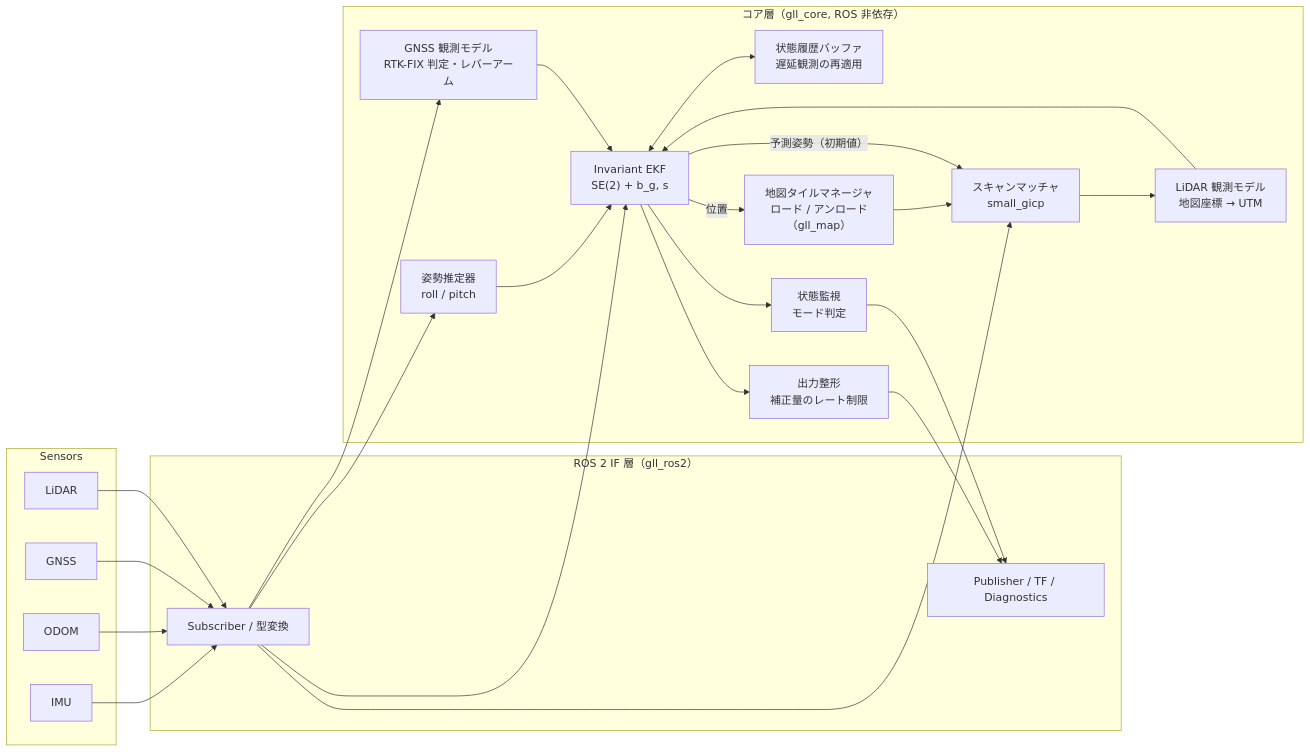
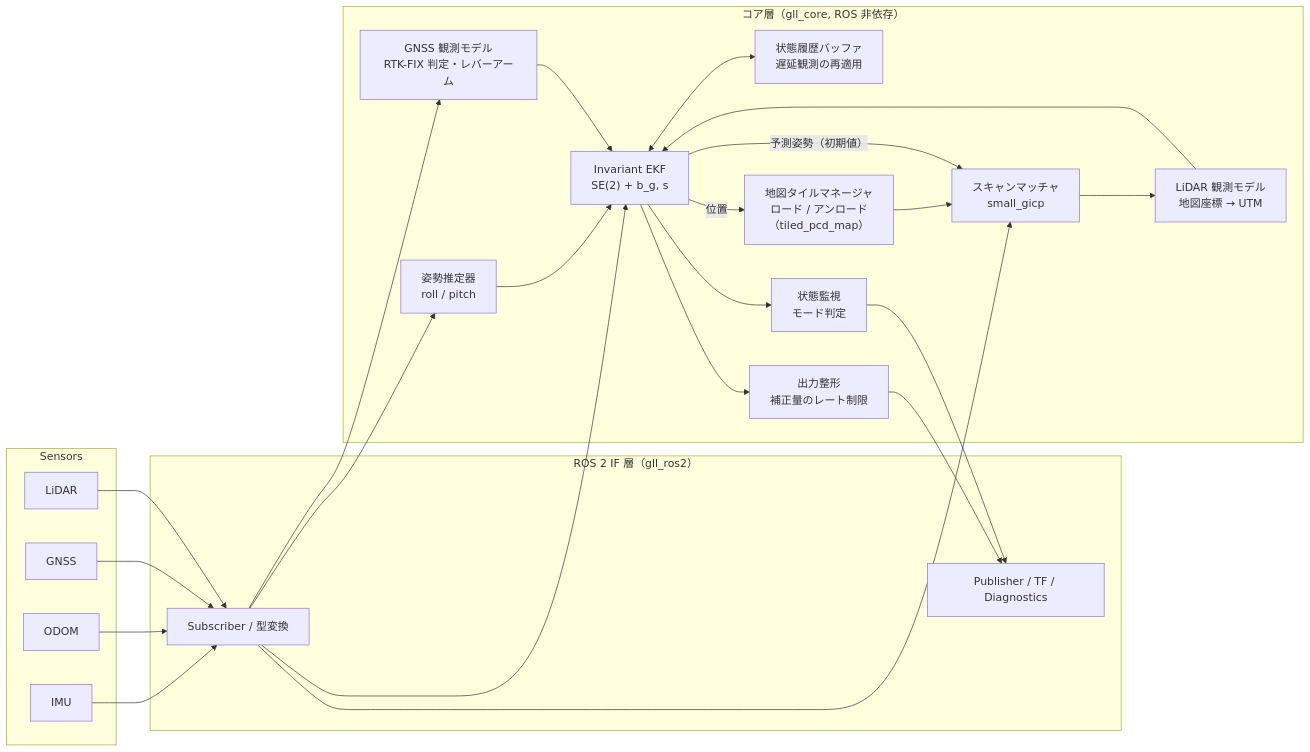
One commit to mamoru1126/gnss_and_lidar_localization changed the first of 4 diagrams in docs/design.md. Above: the diagram before and after it, drawn with Mermaid. The commit also changed other lines of this file and 89 other files, not shown here.

First line of the commit message:
refactor: gll_map を tiled_pcd_map に改名（パッケージ・名前空間・インクルードのパス）

````diff
--- a/docs/design.md
+++ b/docs/design.md
@@ -55,42 +55,42 @@
 ```mermaid
 flowchart LR
   subgraph Sensors
     IMU[IMU]
     ODOM[ODOM]
     GNSS[GNSS]
     LIDAR[LiDAR]
   end
 
   subgraph ROS2_IF["ROS 2 IF 層（gll_ros2）"]
     SUB[Subscriber / 型変換]
     PUB[Publisher / TF / Diagnostics]
   end
 
   subgraph Core["コア層（gll_core, ROS 非依存）"]
     ATT[姿勢推定器<br/>roll / pitch]
     EKF["Invariant EKF<br/>SE(2) + b_g, s"]
     HIST[状態履歴バッファ<br/>遅延観測の再適用]
     GM[GNSS 観測モデル<br/>RTK-FIX 判定・レバーアーム]
     LM[LiDAR 観測モデル<br/>地図座標 → UTM]
     SM[スキャンマッチャ<br/>small_gicp]
-    MTM[地図タイルマネージャ<br/>ロード / アンロード<br/>（gll_map）]
+    MTM[地図タイルマネージャ<br/>ロード / アンロード<br/>（tiled_pcd_map）]
     OS[出力整形<br/>補正量のレート制限]
     ST[状態監視<br/>モード判定]
   end
 
   IMU --> SUB
   ODOM --> SUB
   GNSS --> SUB
   LIDAR --> SUB
   SUB --> ATT --> EKF
   SUB --> EKF
   SUB --> GM --> EKF
   SUB --> SM
   MTM --> SM
   EKF -- 予測姿勢（初期値）--> SM
   SM --> LM --> EKF
   EKF <--> HIST
   EKF -- 位置 --> MTM
   EKF --> OS --> PUB
   EKF --> ST --> PUB
 ```
````
